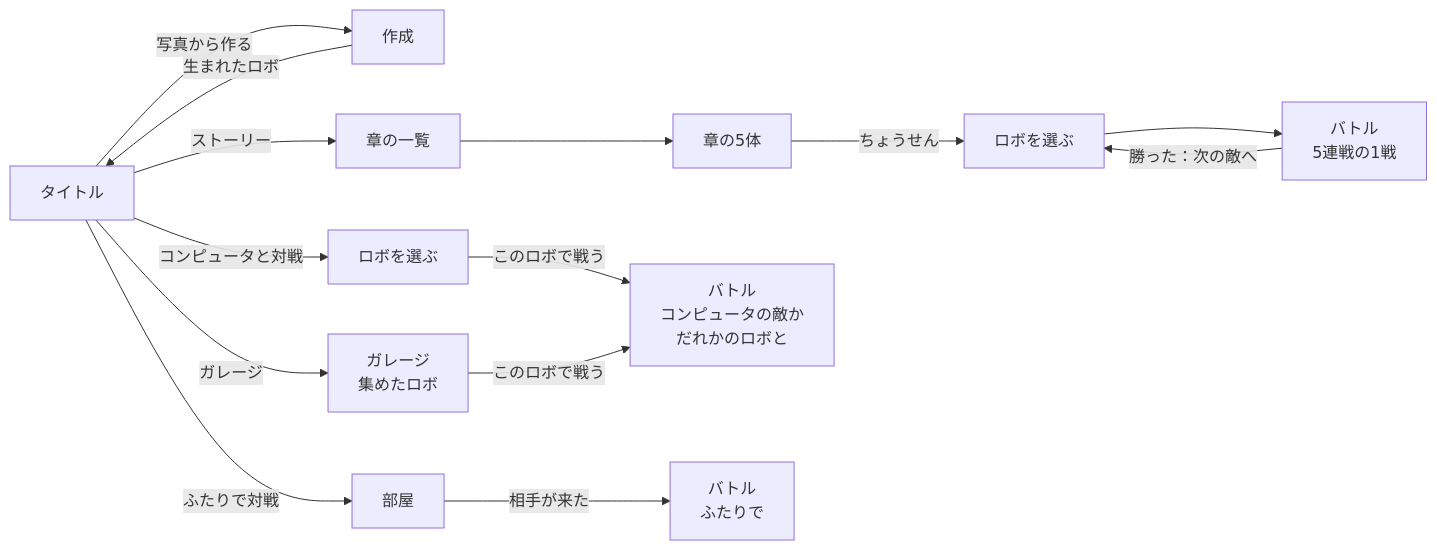
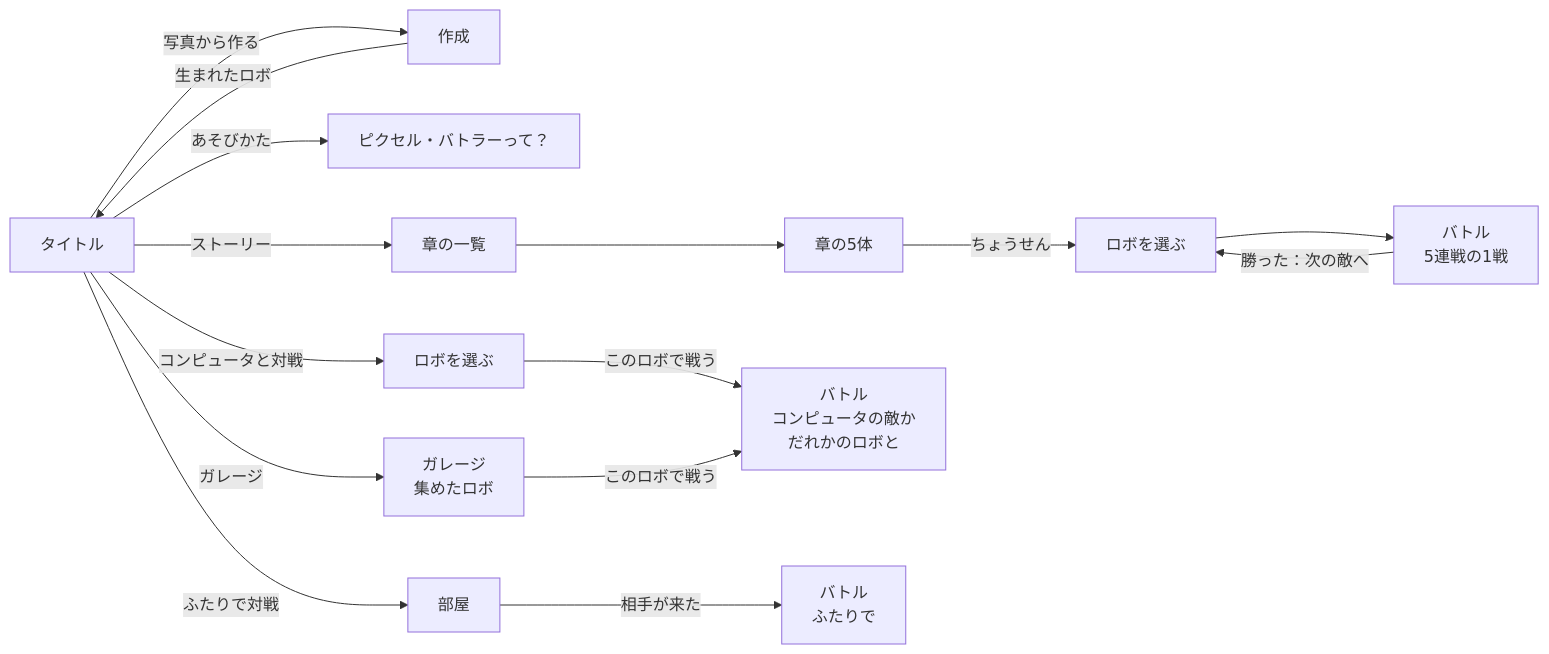
One commit to ucsd67001/Pixel_Battler changed the first of 2 diagrams in docs/DESIGN.md. Above: the diagram before and after it, drawn with Mermaid. The commit also changed other lines of this file and 5 other files, not shown here.

First line of the commit message:
「ピクセル・バトラーって？」のページ（あそびかた）

````diff
--- a/docs/DESIGN.md
+++ b/docs/DESIGN.md
@@ -43,16 +43,17 @@
 ```mermaid
 flowchart LR
   T[タイトル] -->|写真から作る| C[作成]
+  T -->|あそびかた| AB[ピクセル・バトラーって？]
   C -->|生まれたロボ| T
   T -->|ストーリー| SM[章の一覧]
   SM --> CV[章の5体]
   CV -->|ちょうせん| SP[ロボを選ぶ]
   SP --> SB[バトル<br>5連戦の1戦]
   SB -->|勝った：次の敵へ| SP
   T -->|コンピュータと対戦| PK[ロボを選ぶ]
   PK -->|このロボで戦う| B[バトル<br>コンピュータの敵か<br>だれかのロボと]
   T -->|ガレージ| H[ガレージ<br>集めたロボ]
   H -->|このロボで戦う| B
   T -->|ふたりで対戦| R[部屋]
   R -->|相手が来た| NB[バトル<br>ふたりで]
 ```
````
